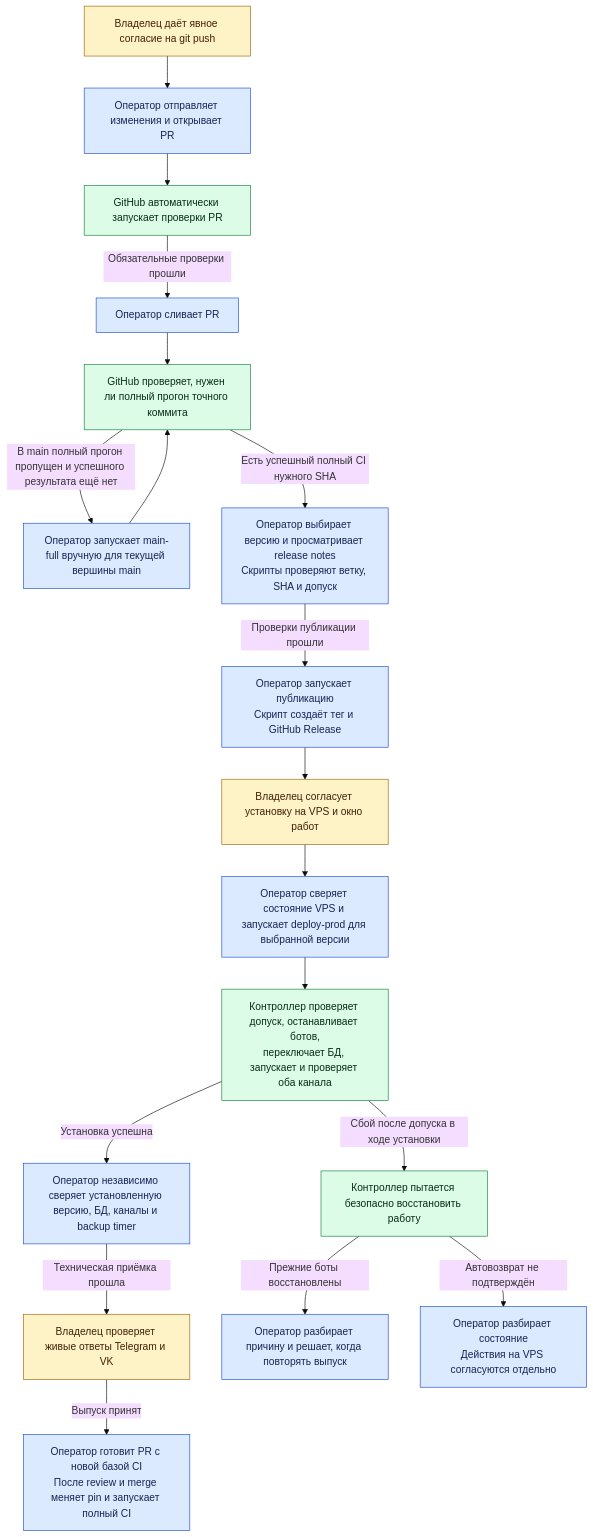
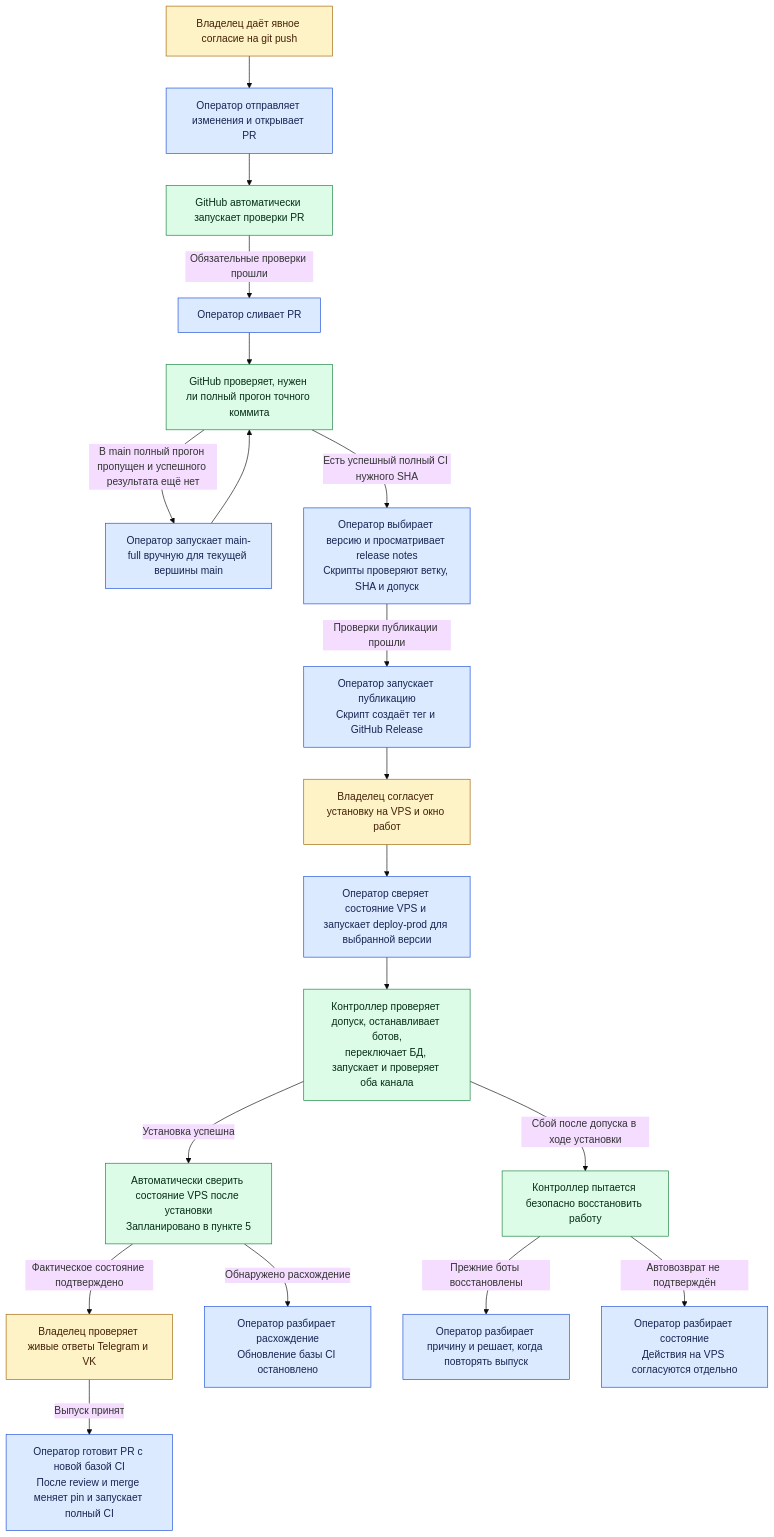
The first of 5 diagrams in docs/release-ci-admission/CI_AND_DEPLOY.md (karateka-git/compadre-assistant), drawn with Mermaid (base theme) before and after one commit. The commit also changed other lines of this file and 1 other file, not shown here.

Commit message:
Запланировать автоматическую сверку после установки

````diff
--- a/docs/release-ci-admission/CI_AND_DEPLOY.md
+++ b/docs/release-ci-admission/CI_AND_DEPLOY.md
@@ -14,27 +15,28 @@
 ```mermaid
 flowchart TD
     PUSHOK["Владелец даёт явное согласие на git push"] --> PR["Оператор отправляет изменения и открывает PR"]
     PR --> FAST["GitHub автоматически запускает проверки PR"]
     FAST -->|Обязательные проверки прошли| MERGE["Оператор сливает PR"]
     MERGE --> FULL["GitHub проверяет, нужен ли полный прогон точного коммита"]
     FULL -->|В main полный прогон пропущен и успешного результата ещё нет| RUN["Оператор запускает main-full вручную для текущей вершины main"]
     RUN --> FULL
     FULL -->|Есть успешный полный CI нужного SHA| PREP["Оператор выбирает версию и просматривает release notes<br/>Скрипты проверяют ветку, SHA и допуск"]
     PREP -->|Проверки публикации прошли| PUB["Оператор запускает публикацию<br/>Скрипт создаёт тег и GitHub Release"]
     PUB --> WINDOW["Владелец согласует установку на VPS и окно работ"]
     WINDOW --> DEPLOY["Оператор сверяет состояние VPS и запускает deploy-prod для выбранной версии"]
     DEPLOY --> VPS["Контроллер проверяет допуск, останавливает ботов,<br/>переключает БД, запускает и проверяет оба канала"]
-    VPS -->|Установка успешна| VERIFY["Оператор независимо сверяет установленную версию, БД, каналы и backup timer"]
-    VERIFY -->|Техническая приёмка прошла| LIVE["Владелец проверяет живые ответы Telegram и VK"]
+    VPS -->|Установка успешна| VERIFY["Автоматически сверить состояние VPS после установки<br/>Запланировано в пункте 5"]
+    VERIFY -->|Фактическое состояние подтверждено| LIVE["Владелец проверяет живые ответы Telegram и VK"]
+    VERIFY -->|Обнаружено расхождение| MISMATCH["Оператор разбирает расхождение<br/>Обновление базы CI остановлено"]
     LIVE -->|Выпуск принят| BASE["Оператор готовит PR с новой базой CI<br/>После review и merge меняет pin и запускает полный CI"]
     VPS -->|Сбой после допуска в ходе установки| AUTO["Контроллер пытается безопасно восстановить работу"]
     AUTO -->|Прежние боты восстановлены| RETRY["Оператор разбирает причину и решает, когда повторять выпуск"]
     AUTO -->|Автовозврат не подтверждён| MANUAL["Оператор разбирает состояние<br/>Действия на VPS согласуются отдельно"]
 
     classDef owner fill:#fef3c7,stroke:#a16207,color:#422006
     classDef operator fill:#dbeafe,stroke:#1d4ed8,color:#172554
     classDef automatic fill:#dcfce7,stroke:#15803d,color:#052e16
     class PUSHOK,WINDOW,LIVE owner
-    class PR,MERGE,RUN,PREP,PUB,DEPLOY,VERIFY,BASE,RETRY,MANUAL operator
-    class FAST,FULL,VPS,AUTO automatic
+    class PR,MERGE,RUN,PREP,PUB,DEPLOY,BASE,MISMATCH,RETRY,MANUAL operator
+    class FAST,FULL,VPS,VERIFY,AUTO automatic
 ```
````
